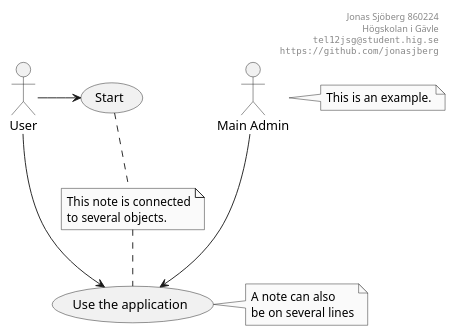
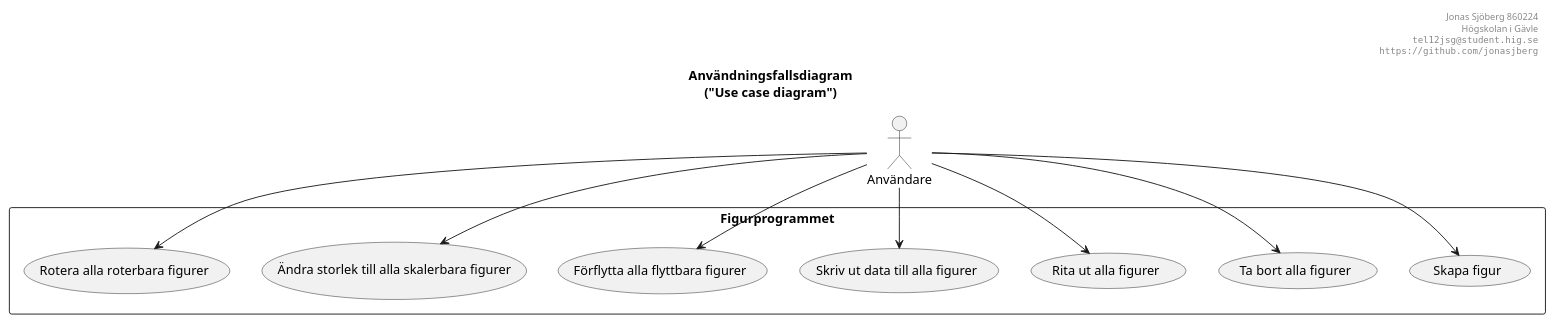
The diagram in diagram/usecase.puml (jonasjberg/DVG303_lab1), drawn with PlantUML before and after one commit.

Commit message:
Update use case diagram.

```diff
--- a/diagram/usecase.puml
+++ b/diagram/usecase.puml
@@ -9,46 +9,82 @@
 @startuml
 ' ______________________________________________________________________________
 ' ____ CONFIGURATION OPTIONS ___________________________________________________
 ' debug flag creates a 'svek.dot' and 'svek.svg' file in ~/
 !pragma svek_trace on
 
 ' package graphical style
 skinparam packageStyle folder
 
 ' don't use symbols to indicate visibility
 ' skinparam classAttributeIconsize 0
 
 ' appearance
 skinparam monochrome true
 'skinparam backgroundColor transparent
 skinparam classBackgroundColor transparent
 'skinparam style strictuml
 
 header
 Jonas Sjöberg 860224
 Högskolan i Gävle
 ""tel12jsg@student.hig.se""
 ""https://github.com/jonasjberg""
 end header
 
+title Användningsfallsdiagram\n("Use case diagram")
+
 ' ______________________________________________________________________________
 ' ____ USECASE DIAGRAM _________________________________________________________
-:Main Admin: as Admin
-(Use the application) as (Use)
+'
+' * AF 1: Skapa figur.
+'         Användaren väljer ’skapa figur’ och sedan vilken typ figuren ska ha.
+'         Möjliga värden är: Punkt, linje, triangel, rektangel, cirkel och
+'         kanske ellips och kvadrat.  Systemet ger användaren möjlighet att
+'         mata in värden som behövs för att definiera den önskade figuren.
+'         Systemet använder sedan värden för att skapa ett objekt av vald typ
+'         och tilldelar objektet till passande objektlista (t.ex. figur-lista,
+'         lista med flyttbara figurer, lista med roterbara figurer mm. - se
+'         nedan).
+' * AF 2: Ta bort alla figurer.
+'         Användaren väljer ’Ta bort allt’. 
+'         Systemet tömmer alla listor.
+' * AF 3: Rita ut alla figurer.
+'         Användaren väljer ’Rita ut allt’. 
+'         Systemet visar alla figurer som kan ritas.  
+'         Obs: Detta användningsfall kommer att behandlas först i laboration 3.
+' * AF 4: Skriv ut data till alla figurer.
+'         Användaren väljer ’Skriv ut allt’. 
+'         Systemet skriver ut data till alla figurer på konsollen.
+' * AF 5: Förflytta alla flyttbara figurer.
+'         Användaren väljer ’Förflytta allt’. 
+'         Systemet ger användaren möjlighet att mata in värden dx, dy. 
+'         Systemet förflyttar alla figurer som kan förflyttas.
+' * AF 6: Ändra storlek till alla skalerbara figurer.
+'         Användaren väljer ’Ändra storlek till alla’. 
+'         Systemet ger användaren möjlighet att mata in värden sx, sy. 
+'         Systemet ändrar storleken till alla figurer som tillåter detta.
+' * AF 7: Rotera alla roterbara figurer.
+'         Användaren väljer ’Rotera alla’. 
+'         Systemet ger användaren möjlighet att mata in ett vinkel-värde. 
+'         Systemet roterar alla figurer som kan roteras.
 
-User -> (Start)
-User --> (Use)
+:Användare: as User
 
-Admin ---> (Use)
+rectangle "Figurprogrammet" {
+(Skapa figur) as (CreateFigure)
+(Ta bort alla figurer) as (RemoveAllFigures)
+(Rita ut alla figurer) as (DrawAllFigures)
+(Skriv ut data till alla figurer) as (PrintDataAllFigures)
+(Förflytta alla flyttbara figurer) as (MoveAllMovable)
+(Ändra storlek till alla skalerbara figurer) as (ScaleAllScalable)
+(Rotera alla roterbara figurer) as (RotateAllRotatable)
 
-note right of Admin : This is an example.
-
-note right of (Use)
-A note can also
-be on several lines
-end note
-
-note "This note is connected\nto several objects." as N2
-(Start) .. N2
-N2 .. (Use)
+User --> CreateFigure
+User --> RemoveAllFigures
+User --> DrawAllFigures
+User --> PrintDataAllFigures
+User --> MoveAllMovable
+User --> ScaleAllScalable
+User --> RotateAllRotatable
+}
 @enduml
```
